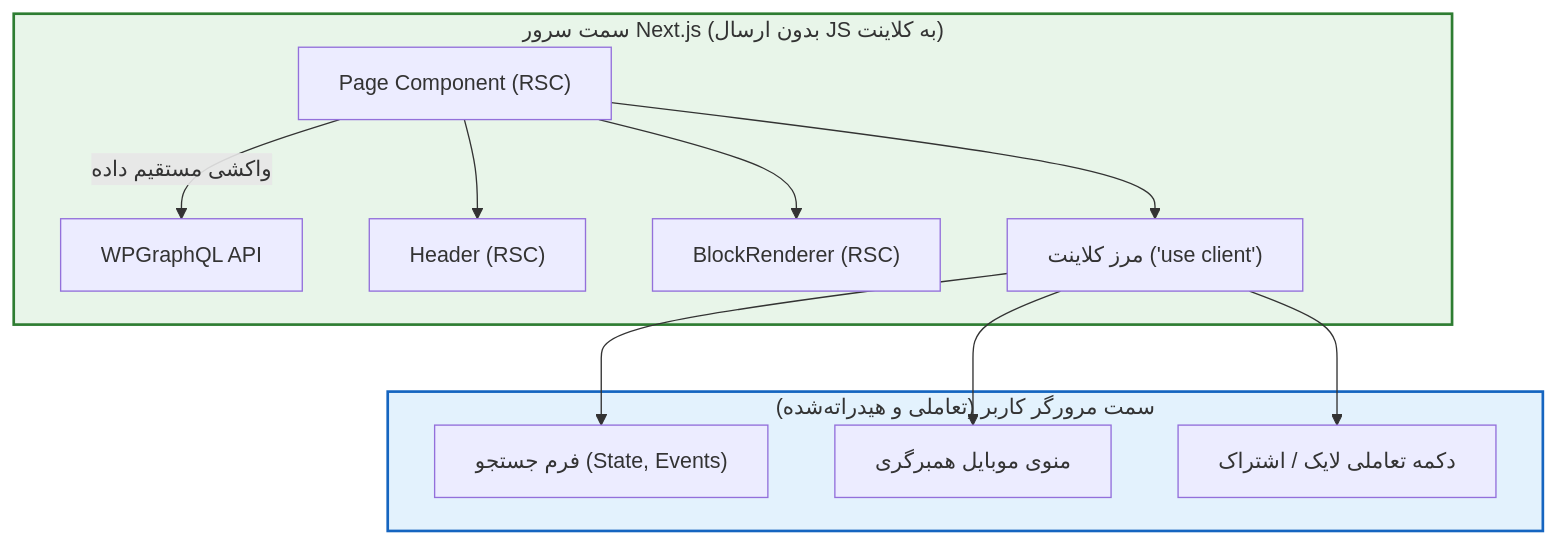
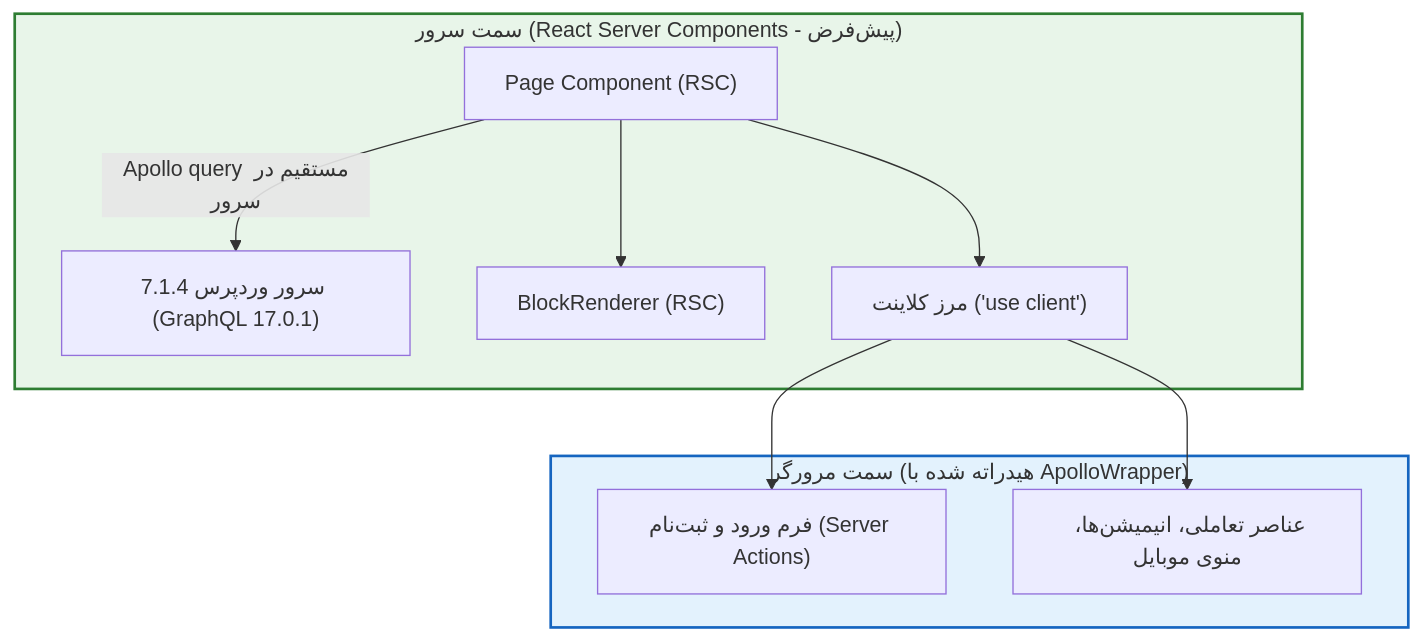
One commit to herehossein/headlessWP-nextJS changed the diagram in book/07-nextjs-setup-app-router.md. Above: the diagram before and after it, drawn with Mermaid. The commit also changed other lines of this file and 4 other files, not shown here.

Commit message:
feat(frontend): integrate Apollo Client 4.3.7 with Next.js 16.4.5 App Router and GraphQL 17.0.1

````diff
--- a/book/07-nextjs-setup-app-router.md
+++ b/book/07-nextjs-setup-app-router.md
@@ -83,18 +69,16 @@
 ```mermaid
 flowchart TD
-    subgraph ServerSide["سمت سرور Next.js (بدون ارسال JS به کلاینت)"]
-        Page["Page Component (RSC)"] -->|"واکشی مستقیم داده"| WP["WPGraphQL API"]
-        Page --> Header["Header (RSC)"]
-        Page --> Content["BlockRenderer (RSC)"]
-        Page --> ClientBoundary["مرز کلاینت ('use client')"]
+    subgraph ServerSide["سمت سرور (React Server Components - پیش‌فرض)"]
+        Page["Page Component (RSC)"] -->|"Apollo query مستقیم در سرور"| WP["سرور وردپرس 7.1.4 (GraphQL 17.0.1)"]
+        Page --> BlockRenderer["BlockRenderer (RSC)"]
+        Page --> Boundary["مرز کلاینت ('use client')"]
     end
 
-    subgraph ClientSide["سمت مرورگر کاربر (تعاملی و هیدراته‌شده)"]
-        ClientBoundary --> SearchBar["فرم جستجو (State, Events)"]
-        ClientBoundary --> MobileMenu["منوی موبایل همبرگری"]
-        ClientBoundary --> LikeBtn["دکمه تعاملی لایک / اشتراک"]
+    subgraph ClientSide["سمت مرورگر (هیدراته شده با ApolloWrapper)"]
+        Boundary --> Form["فرم ورود و ثبت‌نام (Server Actions)"]
+        Boundary --> Interactive["عناصر تعاملی، انیمیشن‌ها، منوی موبایل"]
     end
 
     style ServerSide fill:#e8f5e9,stroke:#2e7d32,stroke-width:2px
     style ClientSide fill:#e3f2fd,stroke:#1565c0,stroke-width:2px
 ```
````
